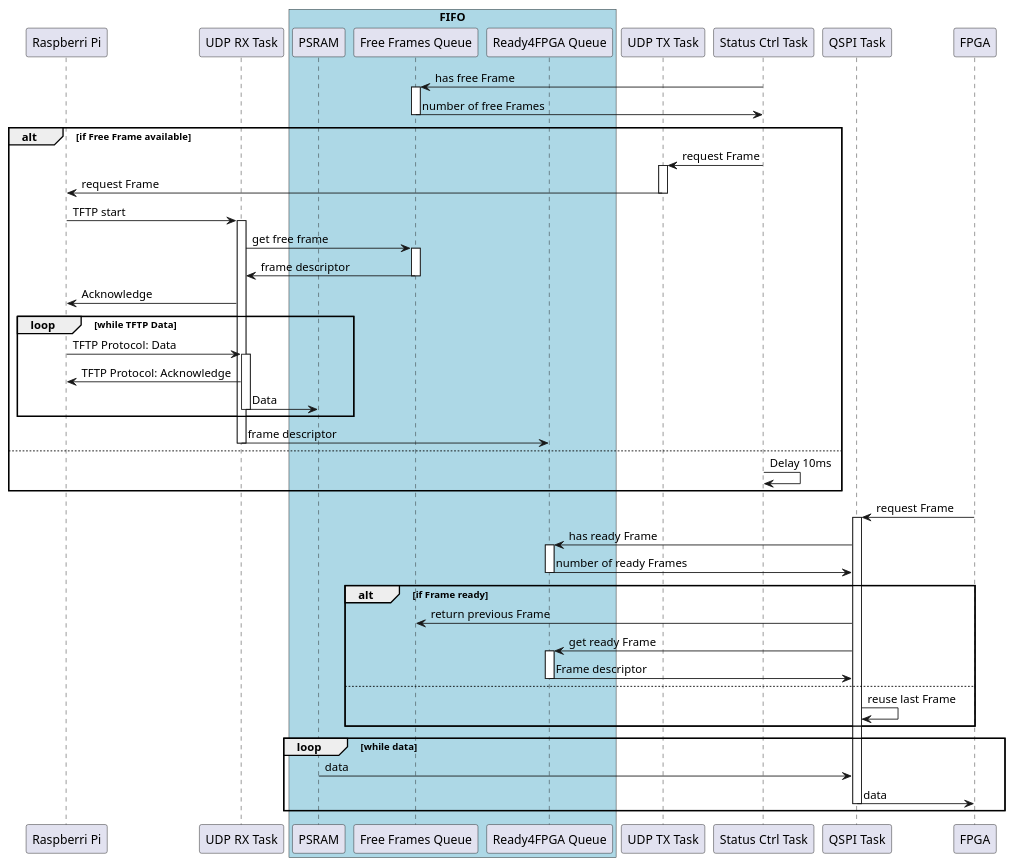
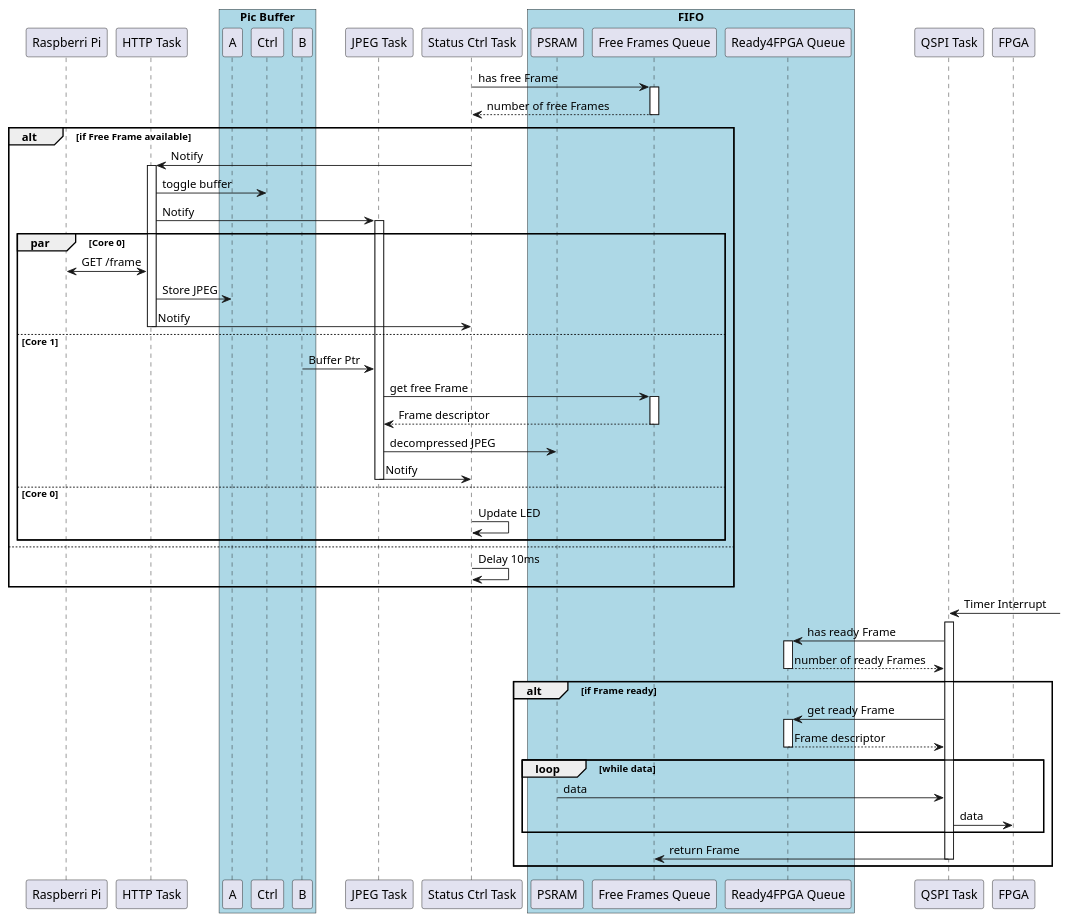
Before and after one commit to SimonKohler88/Globus: the diagram in ESP32/doc/general_sequence.puml, drawn with PlantUML. The commit also changed 19 other files, not shown here.

```diff
--- a/ESP32/doc/general_sequence.puml
+++ b/ESP32/doc/general_sequence.puml
@@ -1,85 +1,88 @@
 @startuml
 
 
 participant "Raspberri Pi" as RPi
-participant "UDP RX Task" as UDPrx
+participant "HTTP Task" as HTTP
+box "Pic Buffer" #LightBlue
+participant "A" as PIC_A
+participant "Ctrl" as PIC
+participant "B" as PIC_B
+end box
+participant "JPEG Task" as JPEG
+participant "Status Ctrl Task" as CTRL
 box "FIFO" #LightBlue
 participant "PSRAM" as RAM
 participant "Free Frames Queue" as FFq
 participant "Ready4FPGA Queue" as R4Fq
 end box
-participant "UDP TX Task" as UDPtx
-participant "Status Ctrl Task" as CTRL
 participant "QSPI Task" as QSPI
 participant "FPGA" as FPGA
 
 
 CTRL -> FFq: has free Frame
 activate FFq
-CTRL <- FFq: number of free Frames
+return number of free Frames
 deactivate FFq
 alt if Free Frame available
-    CTRL -> UDPtx: request Frame
-    activate UDPtx
-    RPi <- UDPtx: request Frame
-    deactivate UDPtx
+    CTRL -> HTTP: Notify
+    activate HTTP
+    HTTP -> PIC: toggle buffer
+    HTTP -> JPEG: Notify
+    par Core 0
 
-    RPi -> UDPrx: TFTP start
-    activate UDPrx
-    UDPrx -> FFq: get free frame
-    activate FFq
-    UDPrx <- FFq: frame descriptor
-    deactivate FFq
-    RPi <- UDPrx: Acknowledge
+    activate JPEG
+        HTTP <-> RPi: GET /frame
+        HTTP -> PIC_A: Store JPEG
+
+        HTTP -> CTRL: Notify
+    deactivate HTTP
+    else Core 1
+        PIC_B -> JPEG: Buffer Ptr
+        JPEG -> FFq: get free Frame
+        activate FFq
+        return Frame descriptor
+        deactivate FFq
+        JPEG -> RAM: decompressed JPEG
+        JPEG -> CTRL: Notify
+    deactivate JPEG
+    else Core 0
+        CTRL -> CTRL: Update LED
+    end
 
 
-    loop while TFTP Data
-        RPi -> UDPrx: TFTP Protocol: Data
-        activate UDPrx
-        RPi <- UDPrx: TFTP Protocol: Acknowledge
-
-        UDPrx -> RAM: Data
-        deactivate UDPrx
-    end loop
-    UDPrx -> R4Fq : frame descriptor
-    deactivate UDPrx
 else
     CTRL -> CTRL : Delay 10ms
 end
 
-QSPI <- FPGA:request Frame
+QSPI <- *:Timer Interrupt
 activate QSPI
 QSPI -> R4Fq: has ready Frame
 activate R4Fq
-QSPI <- R4Fq: number of ready Frames
+return number of ready Frames
 deactivate R4Fq
 
 alt if Frame ready
-QSPI -> FFq : return previous Frame
 QSPI -> R4Fq: get ready Frame
 activate R4Fq
-QSPI <- R4Fq: Frame descriptor
+return Frame descriptor
 deactivate R4Fq
-
-else
-QSPI -> QSPI :reuse last Frame
-end
 
 loop while data
 RAM->QSPI: data
 QSPI -> FPGA :data
+end loop
+QSPI -> FFq : return Frame
 deactivate QSPI
-end loop
-
+end
 
 
 
 
 
 
 
 
 
 
 
 @enduml
```
